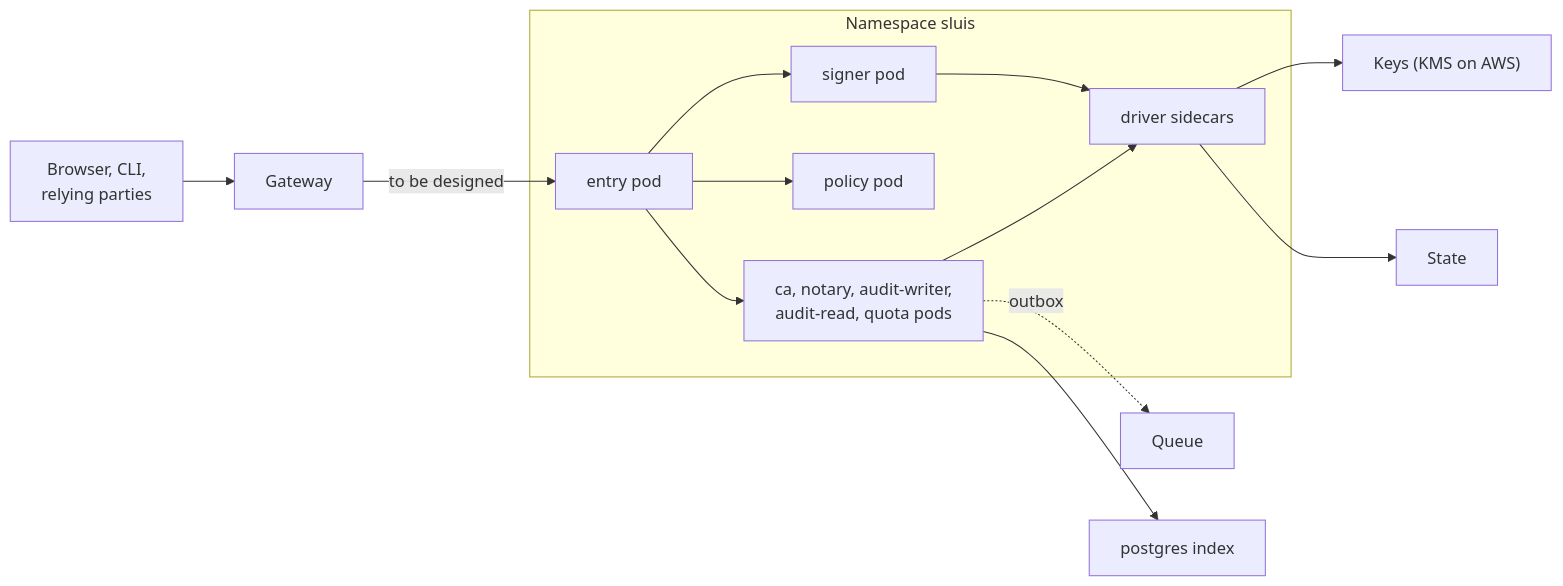
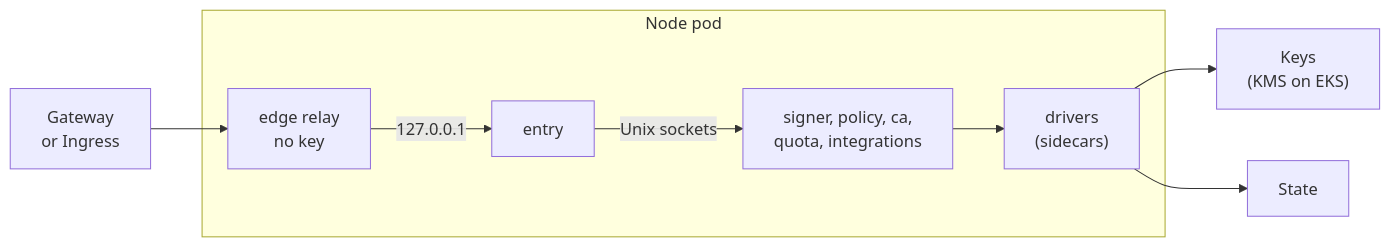
One commit to truvity/sluis changed the first of 2 diagrams in docs/shapes/kubernetes.md. Above: the diagram before and after it, drawn with Mermaid. The commit also changed other lines of this file and 1 other file, not shown here.

````diff
--- a/docs/shapes/kubernetes.md
+++ b/docs/shapes/kubernetes.md
@@ -13,21 +19,11 @@
 ```mermaid
 flowchart LR
-  user["Browser, CLI,<br/>relying parties"] --> gw["Gateway"]
-  gw -- "to be designed" --> entry
-  subgraph ns["Namespace sluis"]
-    entry["entry pod"]
-    signer["signer pod"]
-    policy["policy pod"]
-    others["ca, notary, audit-writer,<br/>audit-read, quota pods"]
-    drv["driver sidecars"]
-    entry --> signer
-    entry --> policy
-    entry --> others
-    signer --> drv
-    others --> drv
+  gw["Gateway<br/>or Ingress"] --> relay["edge relay<br/>no key"]
+  subgraph node["Node pod"]
+    relay -- "127.0.0.1" --> entry["entry"]
+    entry -- "Unix sockets" --> core["signer, policy, ca,<br/>quota, integrations"]
+    core --> drv["drivers<br/>(sidecars)"]
   end
-  drv --> keys["Keys (KMS on AWS)"]
+  drv --> keys["Keys<br/>(KMS on EKS)"]
   drv --> state["State"]
-  others -. "outbox" .-> q["Queue"]
-  others --> idx["postgres index"]
 ```
````
